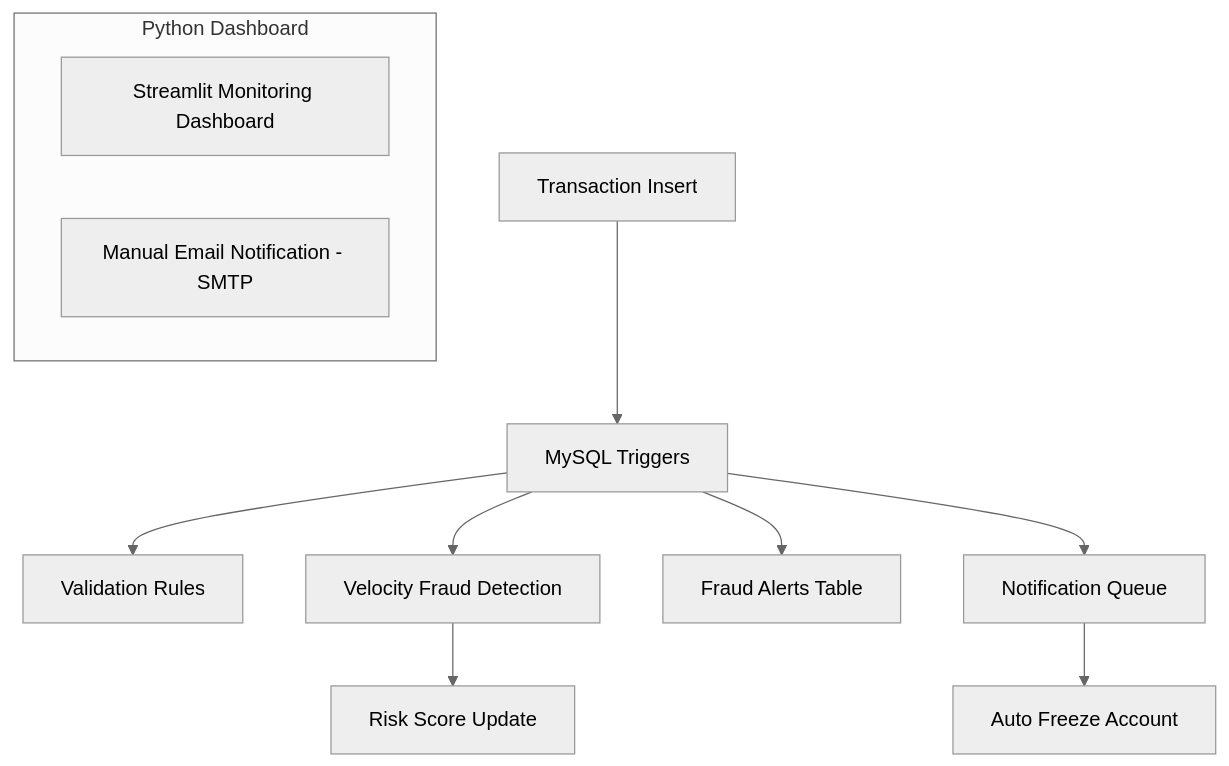
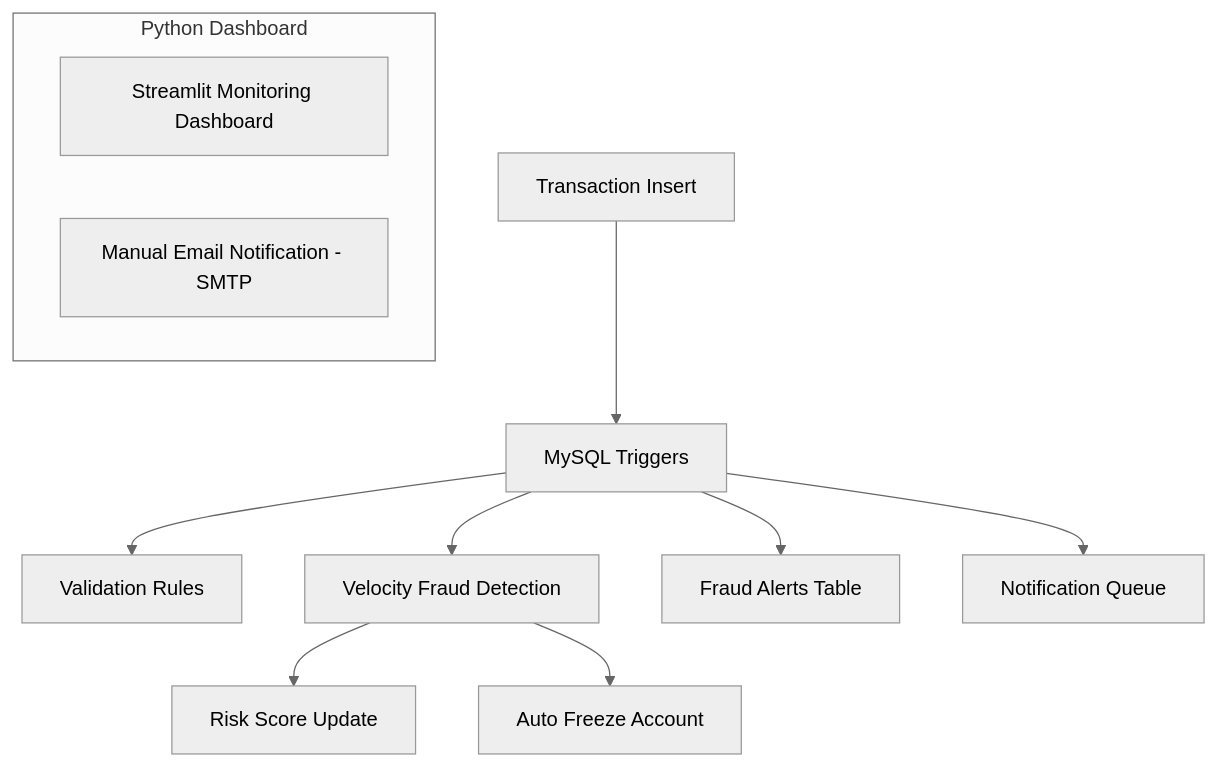
Before and after one commit to kishorem1206/Database-Driven-Fraud-Detection-System: the diagram in README.md, drawn with Mermaid (neutral theme).

Commit message:
Modified System architecture

````diff
--- a/README.md
+++ b/README.md
@@ -35,22 +35,22 @@
 ```mermaid
 flowchart TD
 
     %% Core Database Layer
     A[Transaction Insert] --> B[MySQL Triggers]
 
     B --> C[Validation Rules]
     B --> D[Velocity Fraud Detection]
     B --> E[Fraud Alerts Table]
     B --> F[Notification Queue]
     D --> G[Risk Score Update]
-    F --> H[Auto Freeze Account]
+    D --> H[Auto Freeze Account]
 
     %% -------------------------
     %% Python Layer (Independent)
     %% -------------------------
     subgraph Python_Consumers["Python Dashboard"]
         I[Streamlit Monitoring Dashboard]
         J[Manual Email Notification - SMTP]
     end
 
 ```
````
